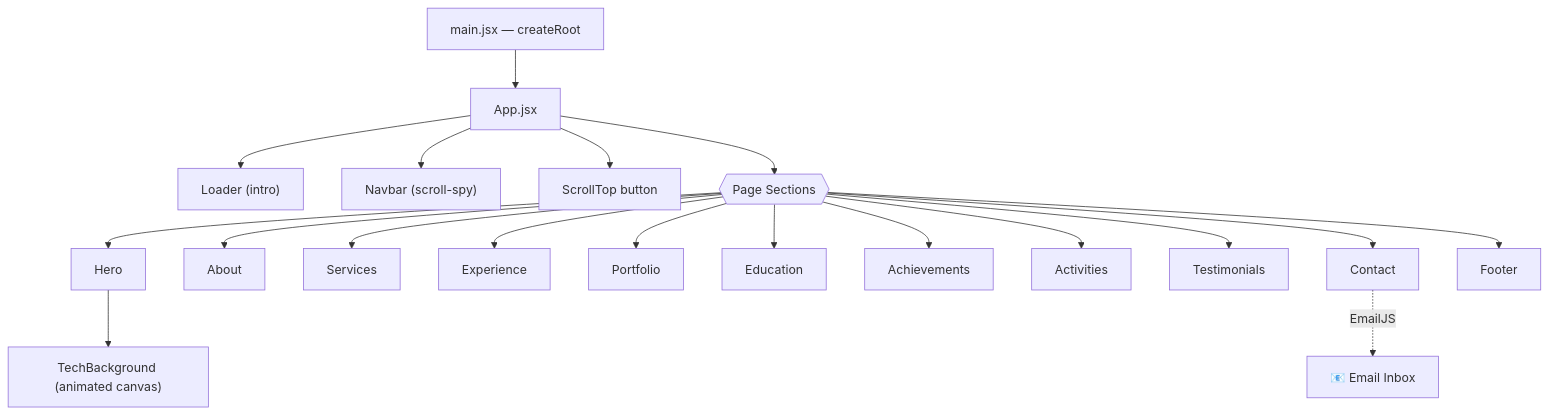
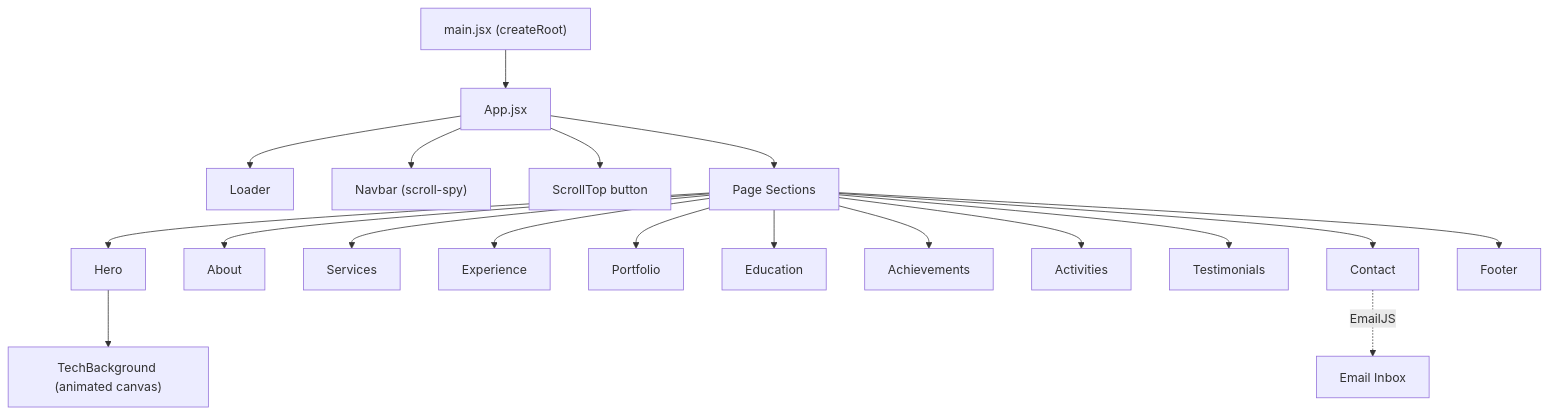
The first of 3 diagrams in README.md (Aakashwije/AAKASH_WIJESEKARA_PORTFOLIO), drawn with Mermaid before and after one commit. The commit also changed other lines of this file, not shown here.

````diff
--- a/README.md
+++ b/README.md
@@ -101,24 +93,24 @@
 ```mermaid
 flowchart TD
-    main["main.jsx — createRoot"] --> App["App.jsx"]
+    main["main.jsx (createRoot)"] --> App["App.jsx"]
 
-    App --> Loader["Loader (intro)"]
+    App --> Loader["Loader"]
     App --> Navbar["Navbar (scroll-spy)"]
     App --> ScrollTop["ScrollTop button"]
-    App --> Page{{"Page Sections"}}
+    App --> Page["Page Sections"]
 
-    Page --> Hero
-    Page --> About
-    Page --> Services
-    Page --> Experience
-    Page --> Portfolio
-    Page --> Education
-    Page --> Achievements
-    Page --> Activities
-    Page --> Testimonials
-    Page --> Contact
-    Page --> Footer
+    Page --> Hero["Hero"]
+    Page --> About["About"]
+    Page --> Services["Services"]
+    Page --> Experience["Experience"]
+    Page --> Portfolio["Portfolio"]
+    Page --> Education["Education"]
+    Page --> Achievements["Achievements"]
+    Page --> Activities["Activities"]
+    Page --> Testimonials["Testimonials"]
+    Page --> Contact["Contact"]
+    Page --> Footer["Footer"]
 
     Hero --> TechBackground["TechBackground (animated canvas)"]
-    Contact -. EmailJS .-> Inbox["📧 Email Inbox"]
+    Contact -. EmailJS .-> Inbox["Email Inbox"]
 ```
````
